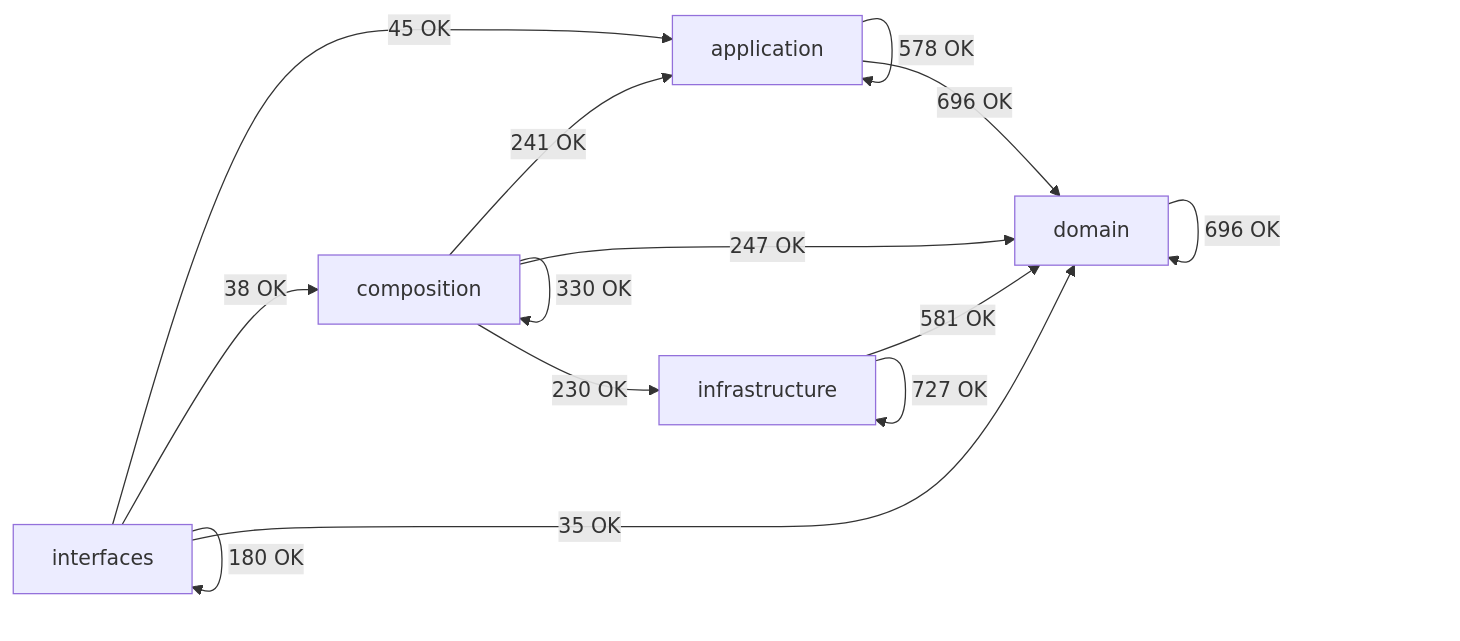
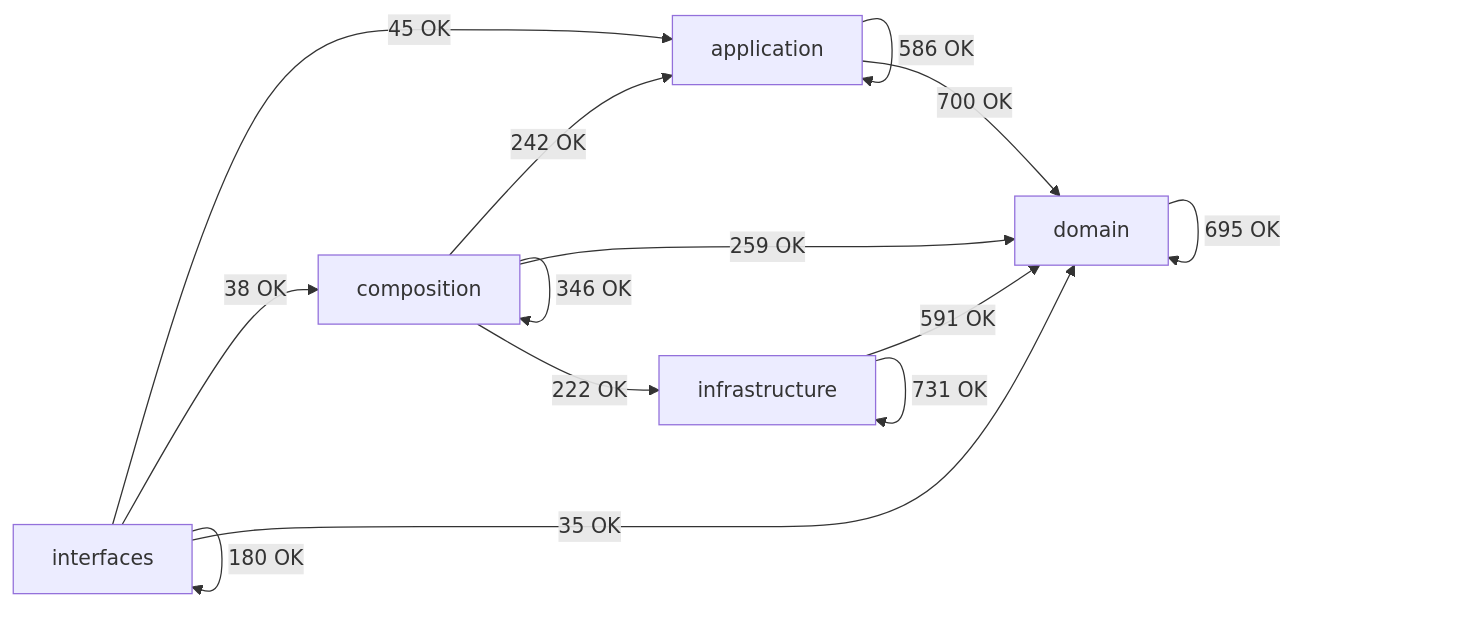
Before and after one commit to SatoryKono/BioactivityDataAcquisition: the diagram in docs/02-architecture/generated/module-dependency-map.md, drawn with Mermaid. The commit also changed other lines of this file and 268 other files, not shown here.

````diff
--- a/docs/02-architecture/generated/module-dependency-map.md
+++ b/docs/02-architecture/generated/module-dependency-map.md
@@ -16,21 +17,21 @@
 ```mermaid
 flowchart LR
     domain[domain]
     application[application]
     infrastructure[infrastructure]
     composition[composition]
     interfaces[interfaces]
-    application -->|578 OK| application
-    application -->|696 OK| domain
-    composition -->|241 OK| application
-    composition -->|330 OK| composition
-    composition -->|247 OK| domain
-    composition -->|230 OK| infrastructure
-    domain -->|696 OK| domain
-    infrastructure -->|581 OK| domain
-    infrastructure -->|727 OK| infrastructure
+    application -->|586 OK| application
+    application -->|700 OK| domain
+    composition -->|242 OK| application
+    composition -->|346 OK| composition
+    composition -->|259 OK| domain
+    composition -->|222 OK| infrastructure
+    domain -->|695 OK| domain
+    infrastructure -->|591 OK| domain
+    infrastructure -->|731 OK| infrastructure
     interfaces -->|45 OK| application
     interfaces -->|38 OK| composition
     interfaces -->|35 OK| domain
     interfaces -->|180 OK| interfaces
 ```
````
